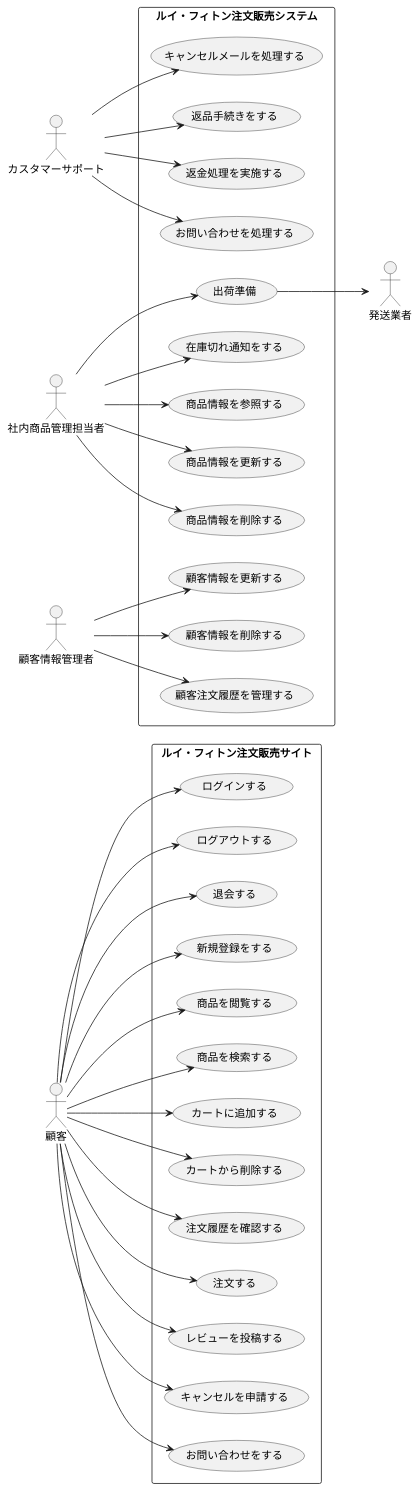
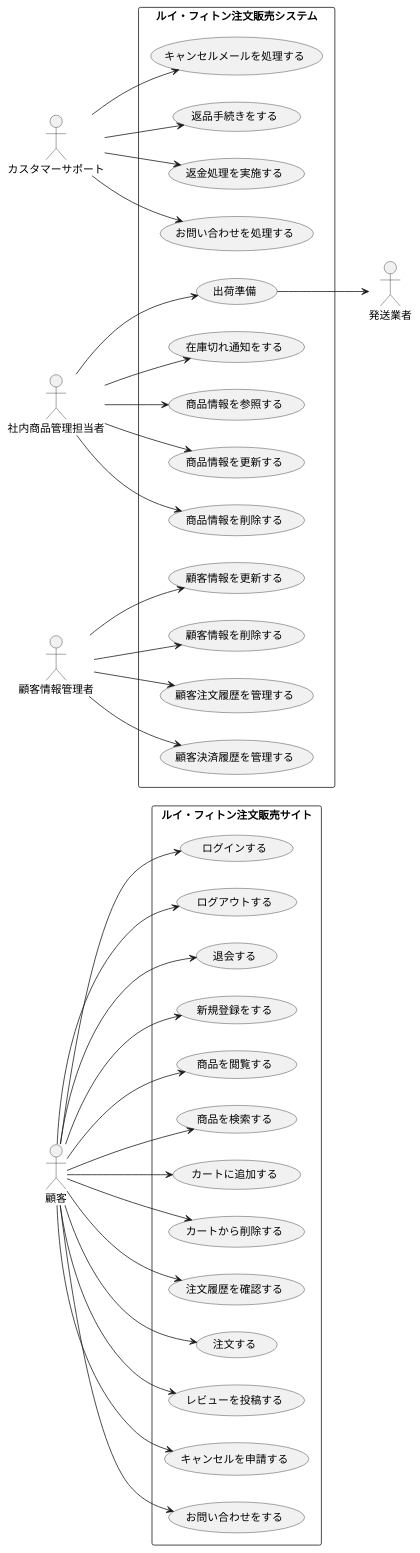
One commit to mameiku/group3-4 changed the diagram in ecommerce_usecase.pu. Above: the diagram before and after it, drawn with PlantUML. The commit also changed 1 other file, not shown here.

```diff
--- a/ecommerce_usecase.pu
+++ b/ecommerce_usecase.pu
@@ -1,105 +1,107 @@
 @startuml Bag_systemユースケース図
 left to right direction
 
 actor 顧客
 actor カスタマーサポート
 actor 発送業者
 actor 社内商品管理担当者
 'actor 経理
 actor 顧客情報管理者
 'actor サイトコンテンツ管理者
 
 rectangle "ルイ・フィトン注文販売システム" {
 
   ' --- 管理者 ---
   (キャンセルメールを処理する)
   (返品手続きをする)
   (返金処理を実施する)
   (お問い合わせを処理する)
 
   '(在庫を入荷する)
   (出荷準備)
   (在庫切れ通知をする)
   (商品情報を参照する)
   (商品情報を更新する)
   (商品情報を削除する)
 
   '(売り上げデータを集計する)
   '(売り上げデータを分析する)
 
   '--- 顧客情報管理者 ---
   (顧客情報を更新する)
   (顧客情報を削除する)
   (顧客注文履歴を管理する)
+  (顧客決済履歴を管理する)
 
   '(サイトを更新する)
   '(サイトを運営・保守する)
 
 }
 
 
 rectangle "ルイ・フィトン注文販売サイト" {
     ' --- 顧客 ---
   (ログインする)
   (ログアウトする)
   (退会する)
   (新規登録をする)
   (商品を閲覧する)
   (商品を検索する)
   (カートに追加する)
   (カートから削除する)
   (注文履歴を確認する)
   (注文する)
   (レビューを投稿する)
   (キャンセルを申請する)
   (お問い合わせをする)
 }
 
 
 ' 顧客の動き
 顧客 --> (ログインする)
 顧客 --> (ログアウトする)
 顧客 --> (退会する)
 顧客 --> (商品を閲覧する)
 顧客 --> (商品を検索する)
 顧客 --> (カートに追加する)
 顧客 --> (カートから削除する)
 顧客 --> (注文履歴を確認する)
 顧客 --> (新規登録をする)
 顧客 --> (注文する)
 顧客 --> (レビューを投稿する)
 顧客 --> (キャンセルを申請する)
 顧客 --> (お問い合わせをする)
 
 ' 管理者などの動き
 '物流担当者 --> (在庫を入荷する)
 社内商品管理担当者 --> (出荷準備)
 社内商品管理担当者 --> (在庫切れ通知をする)
 社内商品管理担当者 --> (商品情報を参照する)
 社内商品管理担当者 --> (商品情報を更新する)
 社内商品管理担当者 --> (商品情報を削除する)
 
 (出荷準備) --> 発送業者
 
 
 
 '経理 --> (売り上げデータを集計する)
 '経理--> (売り上げデータを分析する)
 
 '発送業者とカスタマーサポートの追加
 
 
 カスタマーサポート --> (キャンセルメールを処理する)
 カスタマーサポート --> (返品手続きをする)
 カスタマーサポート --> (返金処理を実施する)
 カスタマーサポート --> (お問い合わせを処理する)
 
 顧客情報管理者 --> (顧客情報を更新する)
 顧客情報管理者 --> (顧客情報を削除する)
 顧客情報管理者 --> (顧客注文履歴を管理する)
+顧客情報管理者 --> (顧客決済履歴を管理する)
 
 
 'サイトコンテンツ管理者 --> (サイトを更新する)
 'サイトコンテンツ管理者 --> (サイトを運営・保守する)
 
 @enduml
```
